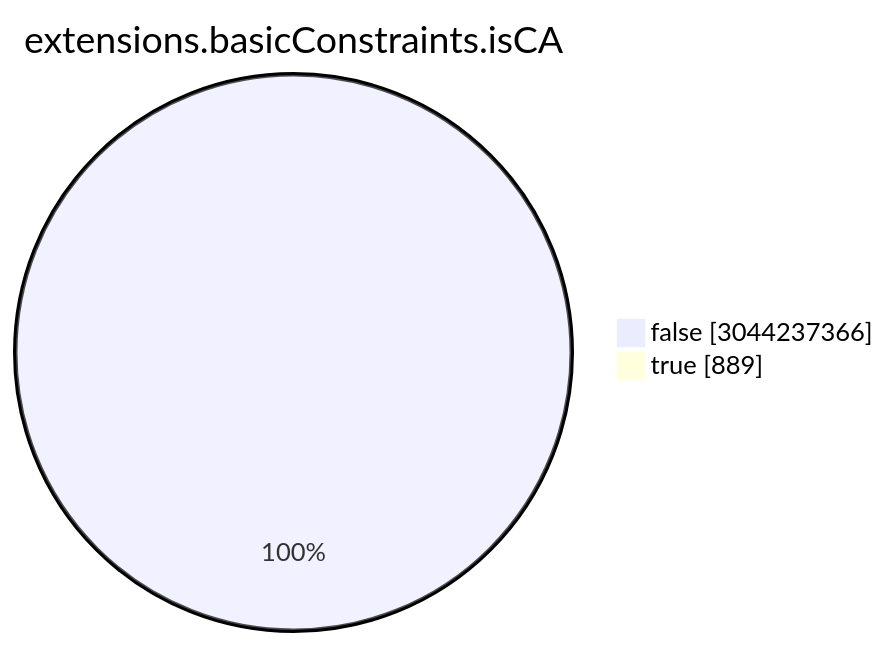
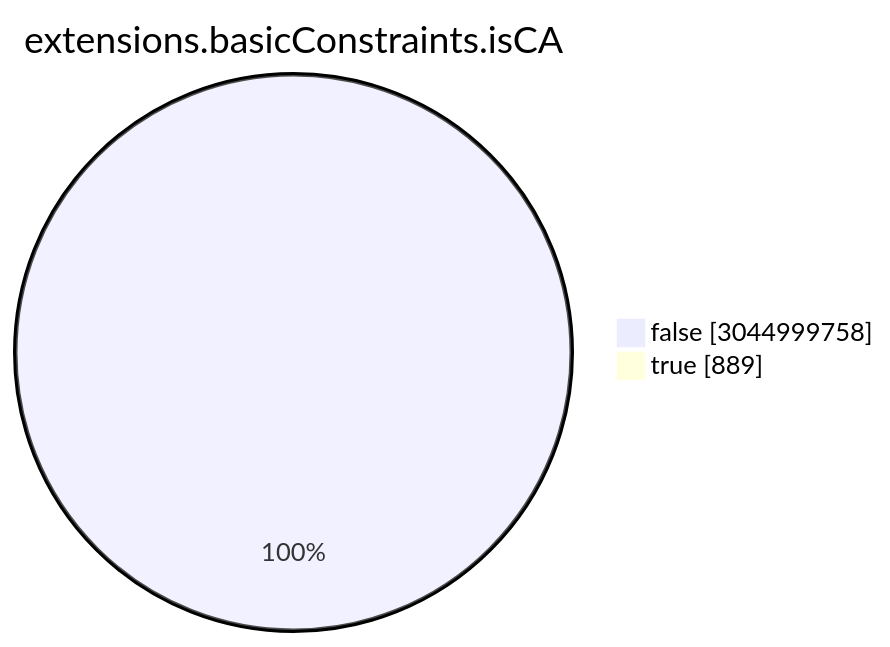
The seventh of 15 diagrams in TOTAL/README.md (christiankrug/ctmonitor_visualization), drawn with Mermaid before and after one commit. The commit also changed other lines of this file, not shown here.

````diff
--- a/TOTAL/README.md
+++ b/TOTAL/README.md
@@ -3086,6 +3086,6 @@
 ```mermaid
 pie showData
 title extensions.basicConstraints.isCA
-"false" :3044237366
+"false" :3044999758
 "true" :889
 ```
````
